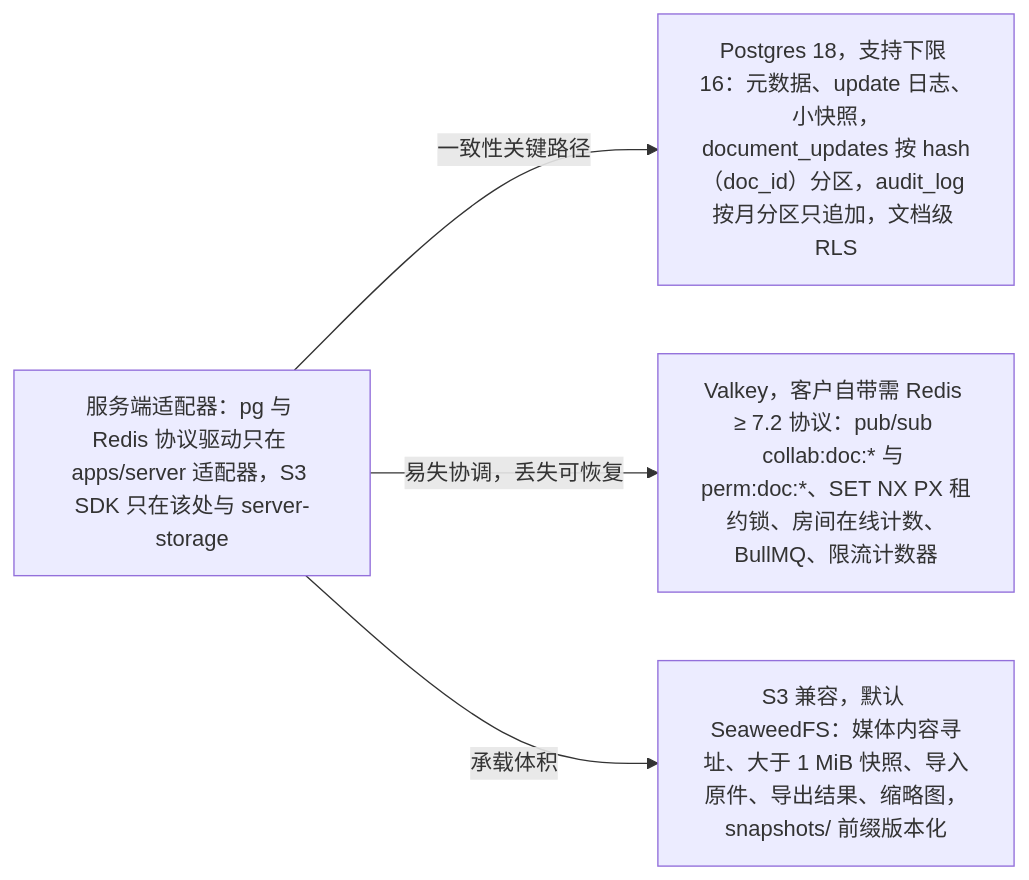
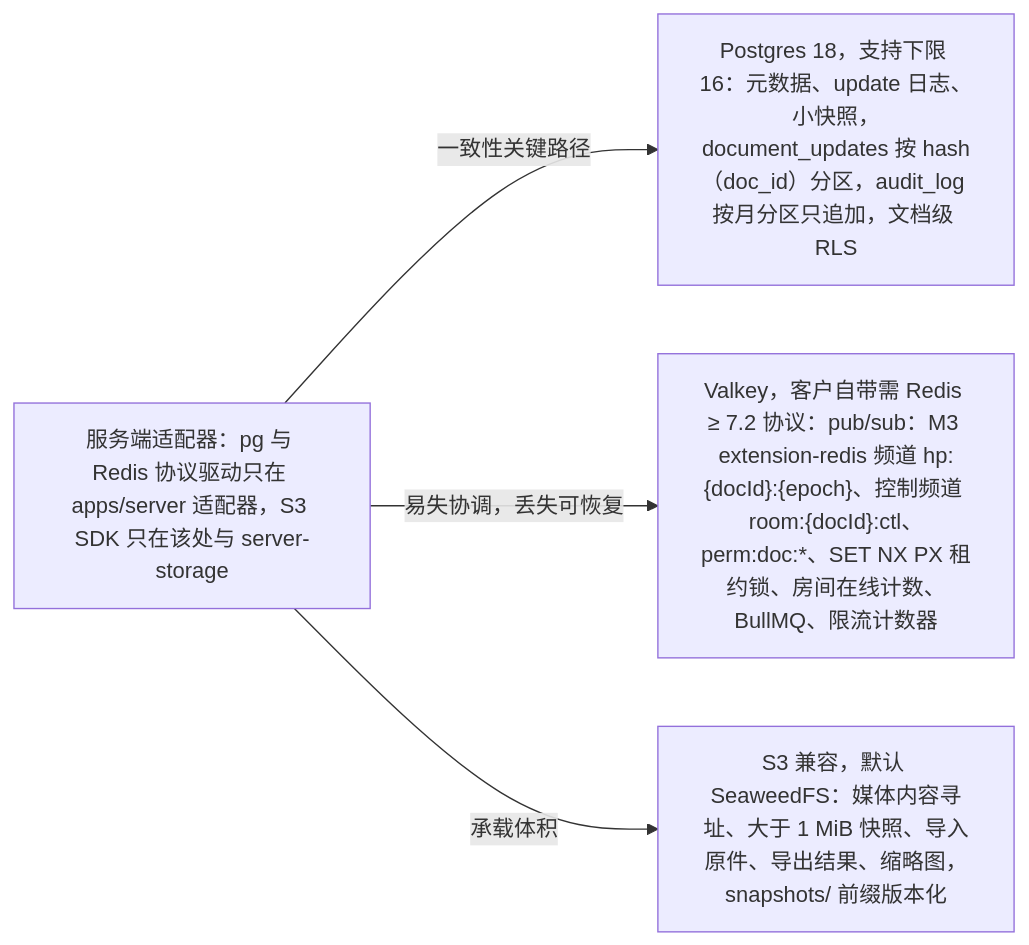
Before and after one commit to Xeonice/cordis-ppt-editor: the first of 3 diagrams in docs/30-architecture/adr/0022-server-storage.md, drawn with Mermaid. The commit also changed other lines of this file and 78 other files, not shown here.

````diff
--- a/docs/30-architecture/adr/0022-server-storage.md
+++ b/docs/30-architecture/adr/0022-server-storage.md
@@ -26,7 +26,7 @@
 ```mermaid
 flowchart LR
   app["服务端适配器：pg 与 Redis 协议驱动只在 apps/server 适配器，S3 SDK 只在该处与 server-storage"]
   app -- "一致性关键路径" --> pg["Postgres 18，支持下限 16：元数据、update 日志、小快照，document_updates 按 hash（doc_id）分区，audit_log 按月分区只追加，文档级 RLS"]
-  app -- "易失协调，丢失可恢复" --> valkey["Valkey，客户自带需 Redis ≥ 7.2 协议：pub/sub collab:doc:* 与 perm:doc:*、SET NX PX 租约锁、房间在线计数、BullMQ、限流计数器"]
+  app -- "易失协调，丢失可恢复" --> valkey["Valkey，客户自带需 Redis ≥ 7.2 协议：pub/sub：M3 extension-redis 频道 hp:{docId}:{epoch}、控制频道 room:{docId}:ctl、perm:doc:*、SET NX PX 租约锁、房间在线计数、BullMQ、限流计数器"]
   app -- "承载体积" --> s3["S3 兼容，默认 SeaweedFS：媒体内容寻址、大于 1 MiB 快照、导入原件、导出结果、缩略图，snapshots/ 前缀版本化"]
 ```
````
